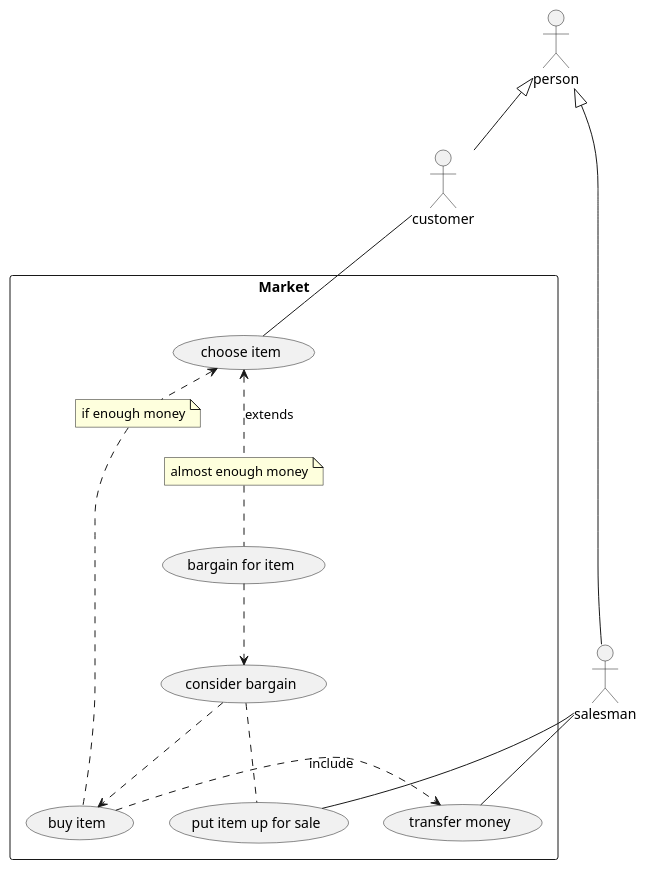
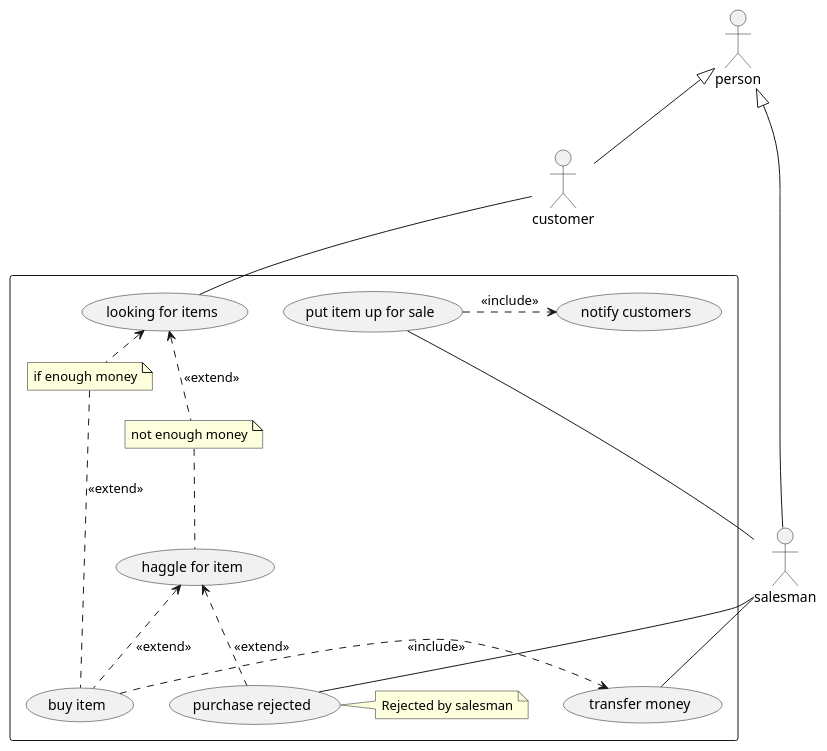
The diagram in diagrams/usecase/usecase.puml (olaven/exam-PG3300), drawn with PlantUML before and after one commit.

Commit message:
use case

```diff
--- a/diagrams/usecase/usecase.puml
+++ b/diagrams/usecase/usecase.puml
@@ -1,48 +1,43 @@
 @startuml Market
 
 actor person
 
 actor customer
 actor salesman 
 
 person <|-- customer
 person <|-- salesman
 
-rectangle "Market" {
+rectangle {
 
     (buy item) 
-    (bargain for item)
+    (haggle for item)
     (put item up for sale)
     (transfer money)
-    (choose item)
-    (consider bargain)
+    (looking for items)
     (transfer money)
 
     note "if enough money" as buyNote
-    note "almost enough money" as bargainNote
-    :customer: -- (choose item) 
+    note "not enough money" as haggleNote
+    :customer: -- (looking for items) 
     :salesman: -- (put item up for sale)
     :salesman: -- (transfer money)
+
+    (put item up for sale) .> (notify customers) : <<include>> 
     
-    buyNote .. (buy item)
-    (choose item) <. buyNote : extends
+    buyNote .. (buy item) : <<extend>>
+    (looking for items) <. buyNote : <<extend>>
 
-    bargainNote .. (bargain for item) 
-    (choose item) <.. bargainNote : extends
+    haggleNote .. (haggle for item) 
+    (looking for items) <.. haggleNote : <<extend>>
 
-    (bargain for item) ..> (consider bargain)
-    (consider bargain) ..> (buy item)
-    (consider bargain) .. (put item up for sale)
-
-
-
-    (buy item) .> (transfer money) : include 
-
-
+    (haggle for item) <.. (buy item) : <<extend>> 
+    (haggle for item) <.. (purchase rejected) : <<extend>> 
     
-
-
+    (purchase rejected) -- salesman
+    note right of (purchase rejected) : Rejected by salesman
+    (buy item) .> (transfer money) : <<include>>
 
 }
 
 @enduml
```
